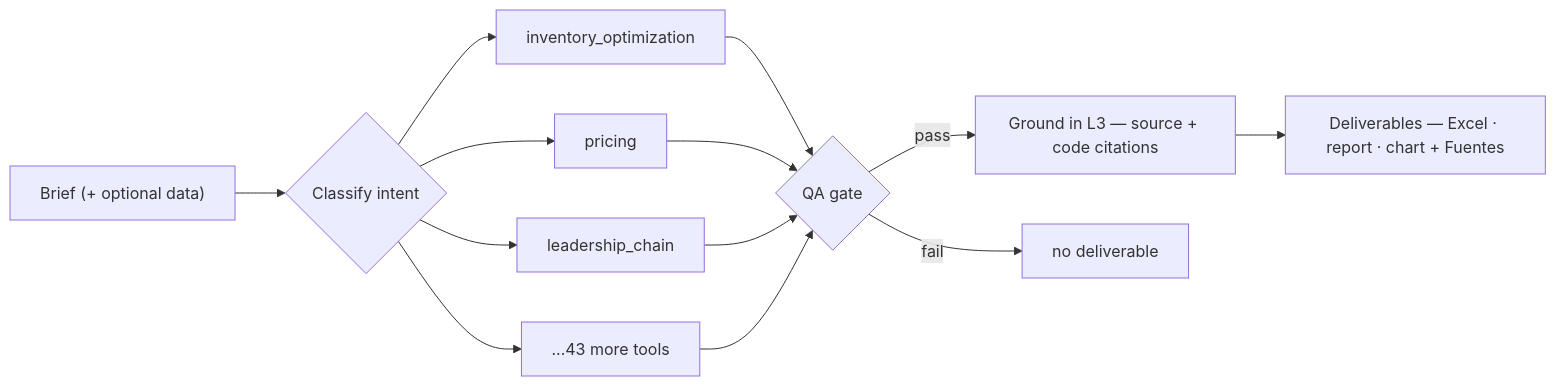
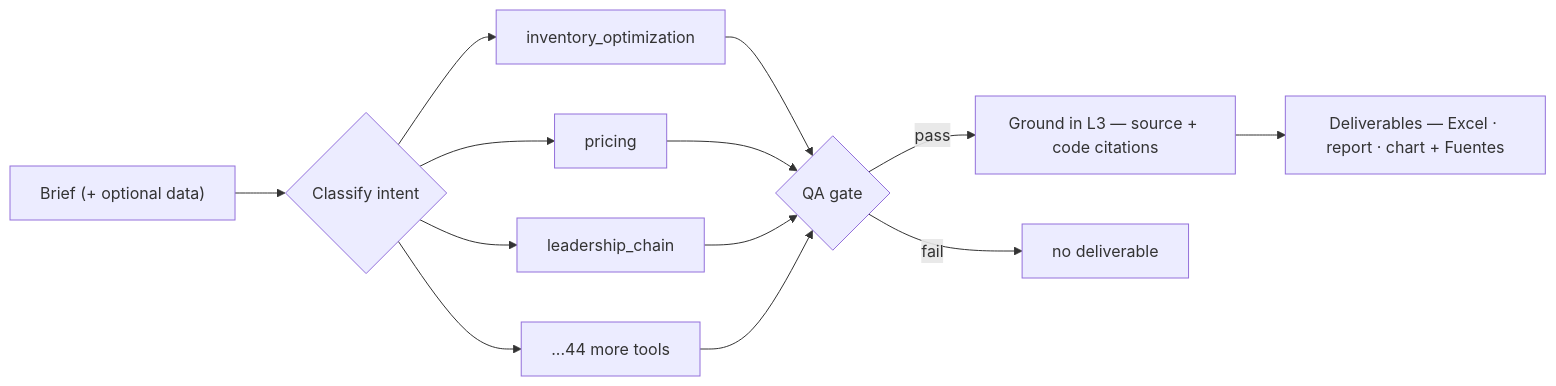
One commit to esstipi-debug/kern changed the first of 2 diagrams in README.md. Above: the diagram before and after it, drawn with Mermaid. The commit also changed other lines of this file and 3 other files, not shown here.

First line of the commit message:
fix(flow_map): address review findings on tool #47 wiring

````diff
--- a/README.md
+++ b/README.md
@@ -28,15 +28,15 @@
 ```mermaid
 flowchart LR
   A["Brief (+ optional data)"] --> C{"Classify intent"}
   C --> I["inventory_optimization"]
   C --> P["pricing"]
   C --> L["leadership_chain"]
-  C --> M["...43 more tools"]
+  C --> M["...44 more tools"]
   I --> Q{"QA gate"}
   P --> Q
   L --> Q
   M --> Q
   Q -->|pass| G["Ground in L3 — source + code citations"]
   G --> D["Deliverables — Excel · report · chart + Fuentes"]
   Q -->|fail| N["no deliverable"]
 ```
````
